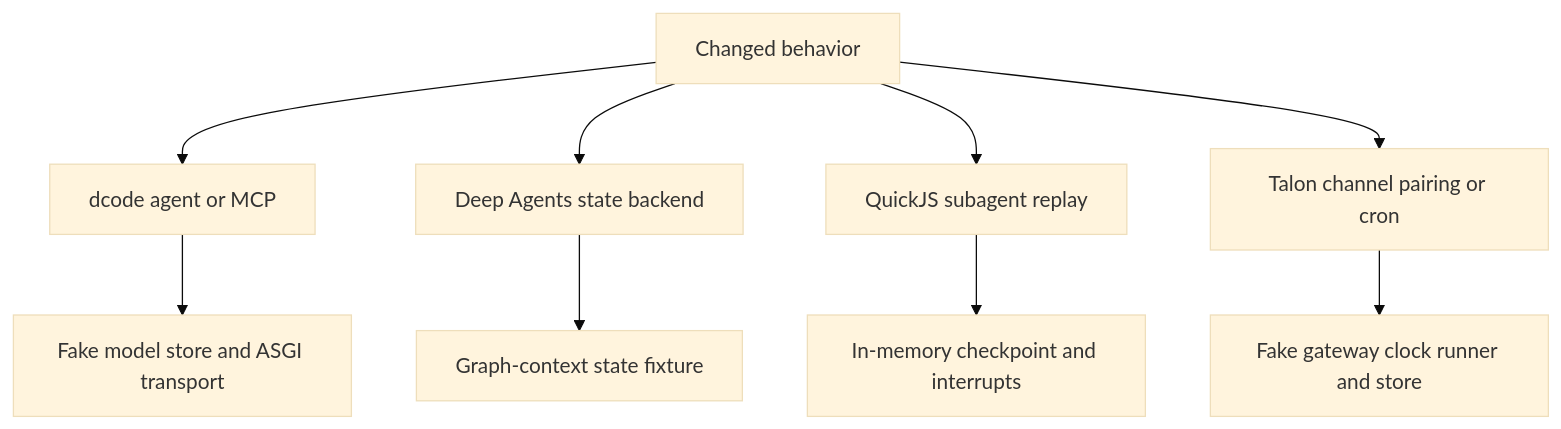
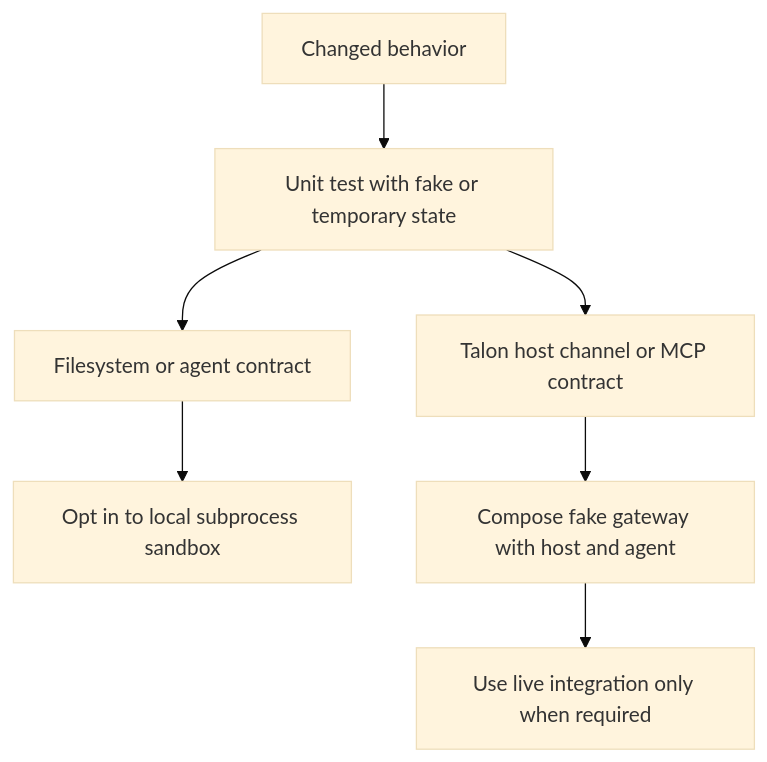
The first of 3 diagrams in openwiki/testing/testing-guide.md (langchain-ai/deepagents), drawn with Mermaid (base theme) before and after one commit. The commit also changed other lines of this file and 43 other files, not shown here.

````diff
--- a/openwiki/testing/testing-guide.md
+++ b/openwiki/testing/testing-guide.md
@@ -67,11 +47,9 @@
 ```mermaid
 flowchart TD
-    Change["Changed behavior"] --> Agent["dcode agent or MCP"]
-    Change --> State["Deep Agents state backend"]
-    Change --> Replay["QuickJS subagent replay"]
-    Change --> Talon["Talon channel pairing or cron"]
-    Agent --> Fakes["Fake model store and ASGI transport"]
-    State --> Graph["Graph-context state fixture"]
-    Replay --> Checkpoint["In-memory checkpoint and interrupts"]
-    Talon --> Doubles["Fake gateway clock runner and store"]
+    Change["Changed behavior"] --> Unit["Unit test with fake or temporary state"]
+    Unit --> Files["Filesystem or agent contract"]
+    Unit --> Talon["Talon host channel or MCP contract"]
+    Files --> Sandbox["Opt in to local subprocess sandbox"]
+    Talon --> Host["Compose fake gateway with host and agent"]
+    Host --> Network["Use live integration only when required"]
 ```
````
